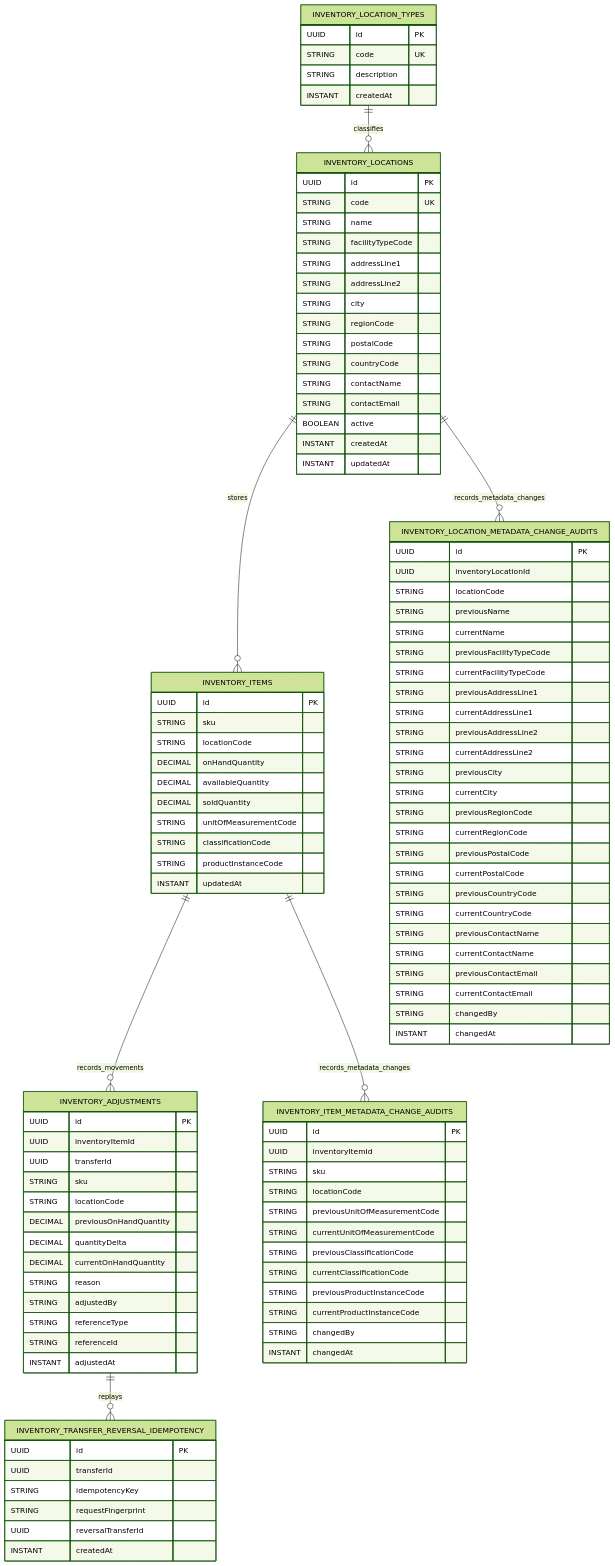
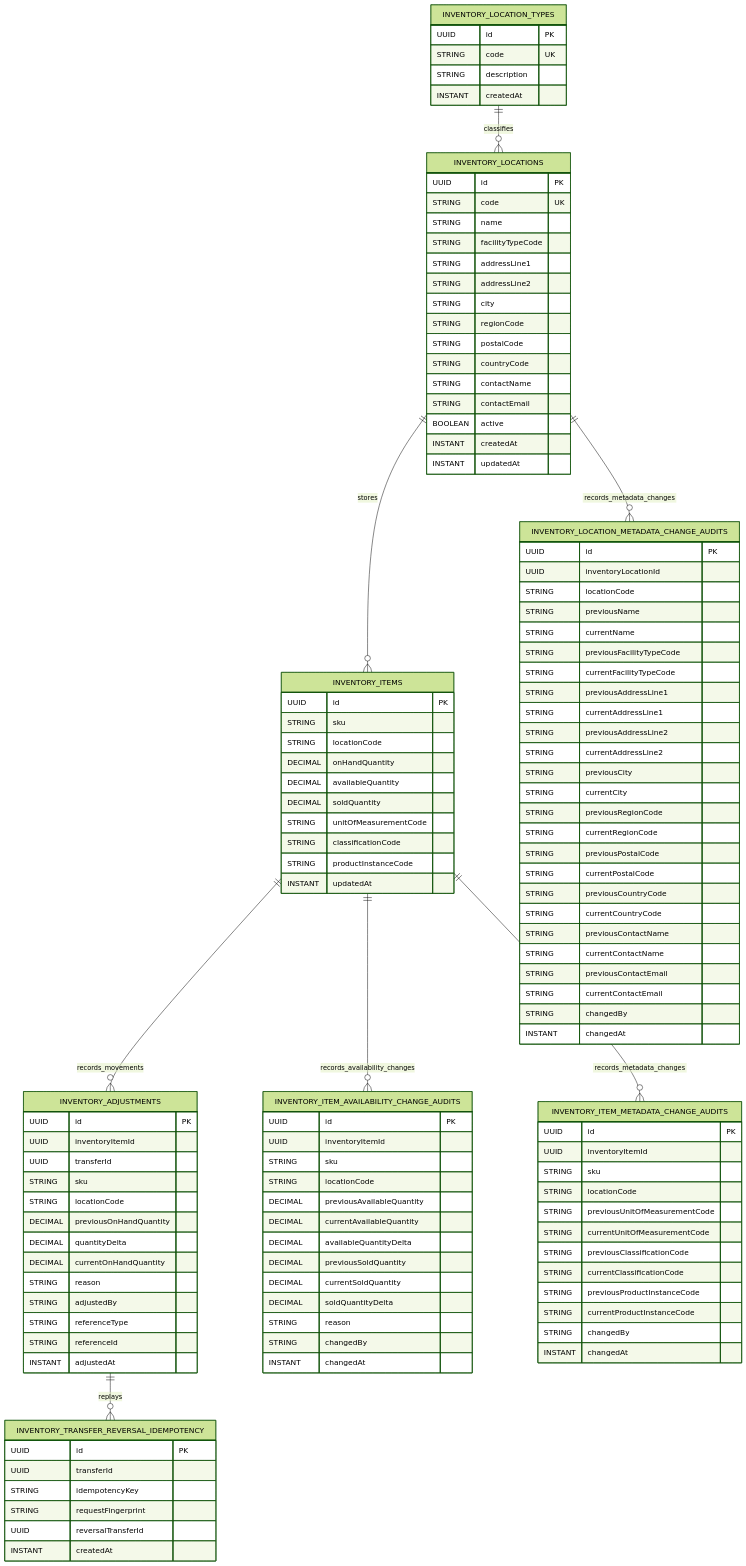
One commit to ArcanaERP/platform changed the diagram in docs/inventory-data-model.md. Above: the diagram before and after it, drawn with Mermaid (forest theme). The commit also changed other lines of this file and 10 other files, not shown here.

Commit message:
Add inventory availability history

```diff
--- a/docs/inventory-data-model.md
+++ b/docs/inventory-data-model.md
@@ -10,6 +10,7 @@
     INVENTORY_LOCATIONS ||--o{ INVENTORY_ITEMS : stores
     INVENTORY_LOCATIONS ||--o{ INVENTORY_LOCATION_METADATA_CHANGE_AUDITS : records_metadata_changes
     INVENTORY_ITEMS ||--o{ INVENTORY_ADJUSTMENTS : records_movements
+    INVENTORY_ITEMS ||--o{ INVENTORY_ITEM_AVAILABILITY_CHANGE_AUDITS : records_availability_changes
     INVENTORY_ITEMS ||--o{ INVENTORY_ITEM_METADATA_CHANGE_AUDITS : records_metadata_changes
     INVENTORY_ADJUSTMENTS ||--o{ INVENTORY_TRANSFER_REVERSAL_IDEMPOTENCY : replays
 
@@ -110,6 +111,22 @@
       INSTANT changedAt
     }
 
+    INVENTORY_ITEM_AVAILABILITY_CHANGE_AUDITS {
+      UUID id PK
+      UUID inventoryItemId
+      STRING sku
+      STRING locationCode
+      DECIMAL previousAvailableQuantity
+      DECIMAL currentAvailableQuantity
+      DECIMAL availableQuantityDelta
+      DECIMAL previousSoldQuantity
+      DECIMAL currentSoldQuantity
+      DECIMAL soldQuantityDelta
+      STRING reason
+      STRING changedBy
+      INSTANT changedAt
+    }
+
     INVENTORY_TRANSFER_REVERSAL_IDEMPOTENCY {
       UUID id PK
       UUID transferId
```
